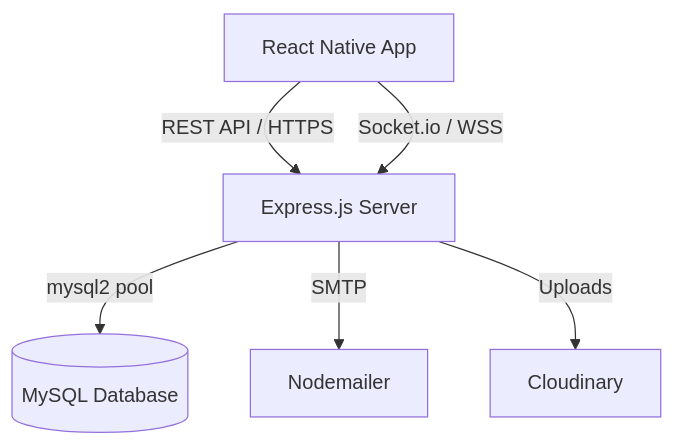
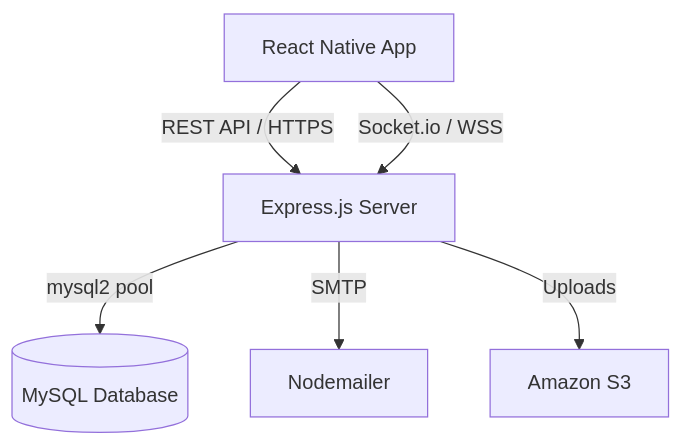
Before and after one commit to GIRICHANDAN125/RedDrop: the diagram in README.md, drawn with Mermaid. The commit also changed other lines of this file and 16 other files, not shown here.

````diff
--- a/README.md
+++ b/README.md
@@ -39,8 +39,8 @@
 ```mermaid
 graph TD
     Client[React Native App] -->|REST API / HTTPS| Server[Express.js Server]
     Client -->|Socket.io / WSS| Server
     Server -->|mysql2 pool| DB[(MySQL Database)]
     Server -->|SMTP| Email[Nodemailer]
-    Server -->|Uploads| Cloud[Cloudinary]
+    Server -->|Uploads| S3[Amazon S3]
 ```
````
